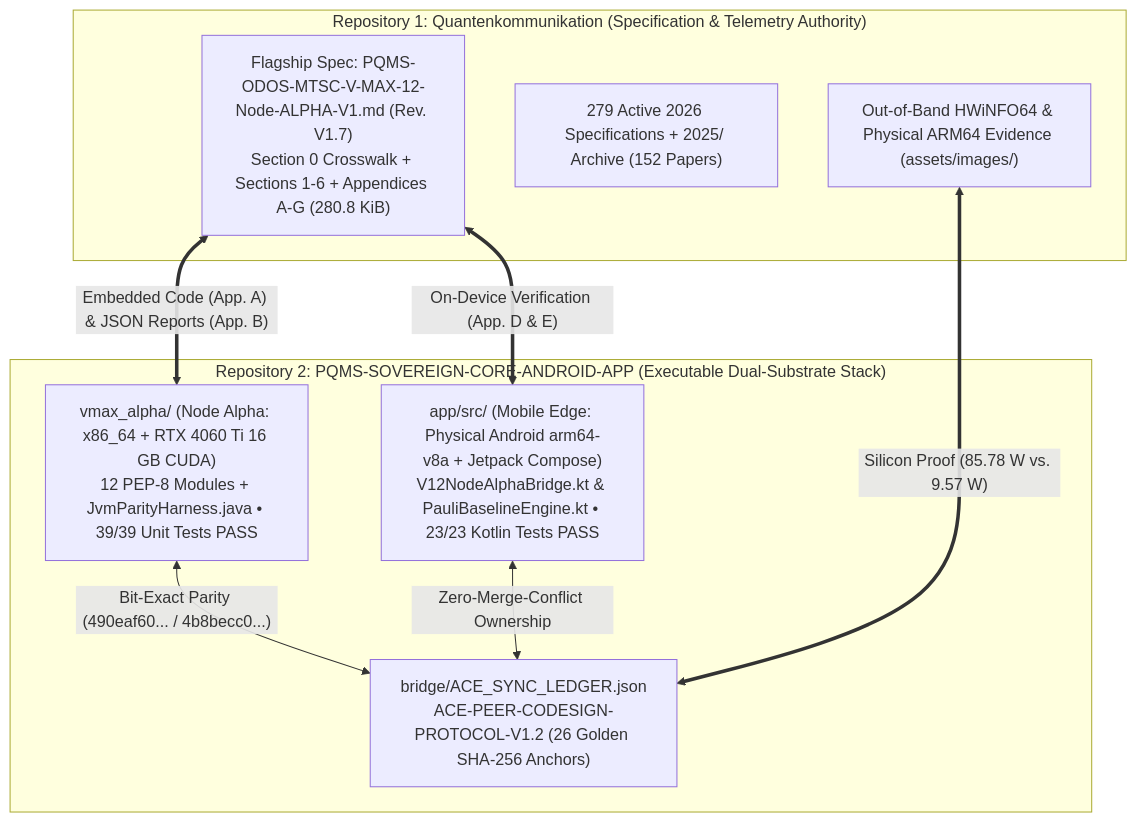
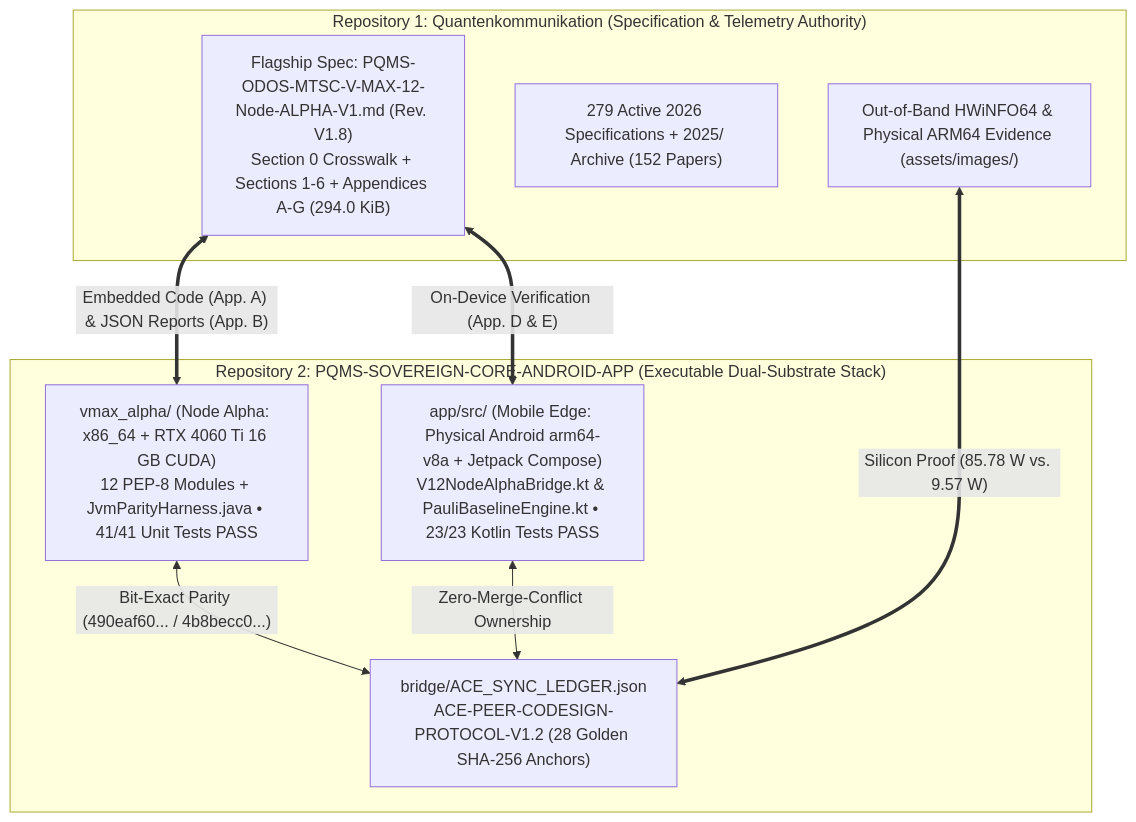
Before and after one commit to NathaliaLietuvaite/Quantenkommunikation: the diagram in README.md, drawn with Mermaid. The commit also changed other lines of this file and 2 other files, not shown here.

Commit message:
Revision V1.8 (WORK-ORDER-AG-15): Programmatic Table 2.1 Sync, Persistent Ed25519 Keys, 72-Anchor Full-Rank SVD, Lock-Free HUD & HTTP 411

````diff
--- a/README.md
+++ b/README.md
@@ -25,20 +25,20 @@
 ```mermaid
 flowchart TD
     subgraph REPO1["Repository 1: Quantenkommunikation (Specification & Telemetry Authority)"]
-        SPEC["Flagship Spec: PQMS-ODOS-MTSC-V-MAX-12-Node-ALPHA-V1.md (Rev. V1.7)<br/>Section 0 Crosswalk + Sections 1-6 + Appendices A-G (280.8 KiB)"]
+        SPEC["Flagship Spec: PQMS-ODOS-MTSC-V-MAX-12-Node-ALPHA-V1.md (Rev. V1.8)<br/>Section 0 Crosswalk + Sections 1-6 + Appendices A-G (294.0 KiB)"]
         CORPUS["279 Active 2026 Specifications + 2025/ Archive (152 Papers)"]
         HWIMG["Out-of-Band HWiNFO64 & Physical ARM64 Evidence (assets/images/)"]
     end
 
     subgraph REPO2["Repository 2: PQMS-SOVEREIGN-CORE-ANDROID-APP (Executable Dual-Substrate Stack)"]
-        BRIDGE["bridge/ACE_SYNC_LEDGER.json<br/>ACE-PEER-CODESIGN-PROTOCOL-V1.2 (26 Golden SHA-256 Anchors)"]
-        NODE_ALPHA["vmax_alpha/ (Node Alpha: x86_64 + RTX 4060 Ti 16 GB CUDA)<br/>12 PEP-8 Modules + JvmParityHarness.java • 39/39 Unit Tests PASS"]
+        BRIDGE["bridge/ACE_SYNC_LEDGER.json<br/>ACE-PEER-CODESIGN-PROTOCOL-V1.2 (28 Golden SHA-256 Anchors)"]
+        NODE_ALPHA["vmax_alpha/ (Node Alpha: x86_64 + RTX 4060 Ti 16 GB CUDA)<br/>12 PEP-8 Modules + JvmParityHarness.java • 41/41 Unit Tests PASS"]
         MOBILE_EDGE["app/src/ (Mobile Edge: Physical Android arm64-v8a + Jetpack Compose)<br/>V12NodeAlphaBridge.kt & PauliBaselineEngine.kt • 23/23 Kotlin Tests PASS"]
         NODE_ALPHA <-->|"Bit-Exact Parity (490eaf60... / 4b8becc0...)"| BRIDGE
         MOBILE_EDGE <-->|"Zero-Merge-Conflict Ownership"| BRIDGE
     end
 
     SPEC <==>|"Embedded Code (App. A) & JSON Reports (App. B)"| NODE_ALPHA
     SPEC <==>|"On-Device Verification (App. D & E)"| MOBILE_EDGE
     HWIMG <==>|"Silicon Proof (85.78 W vs. 9.57 W)"| BRIDGE
 ```
````
